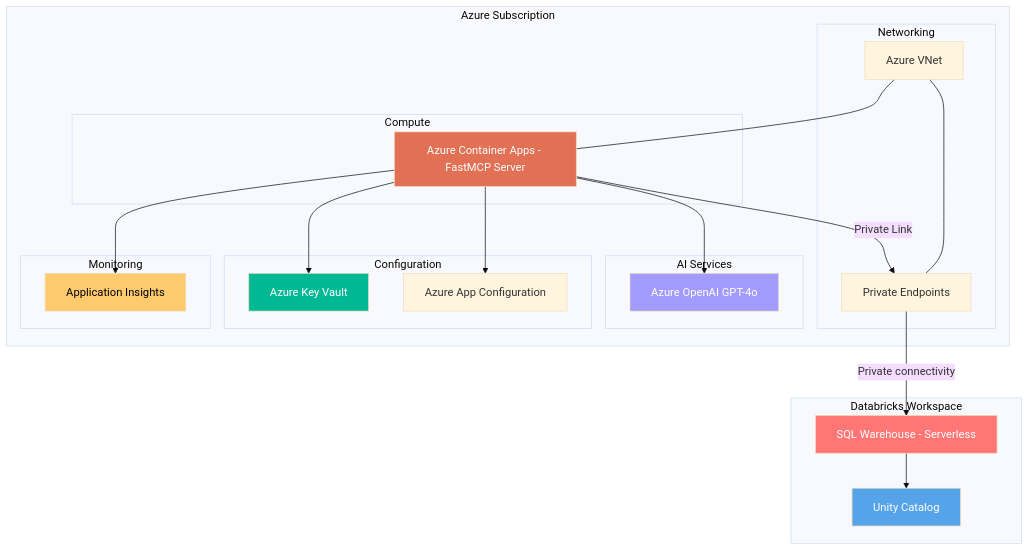
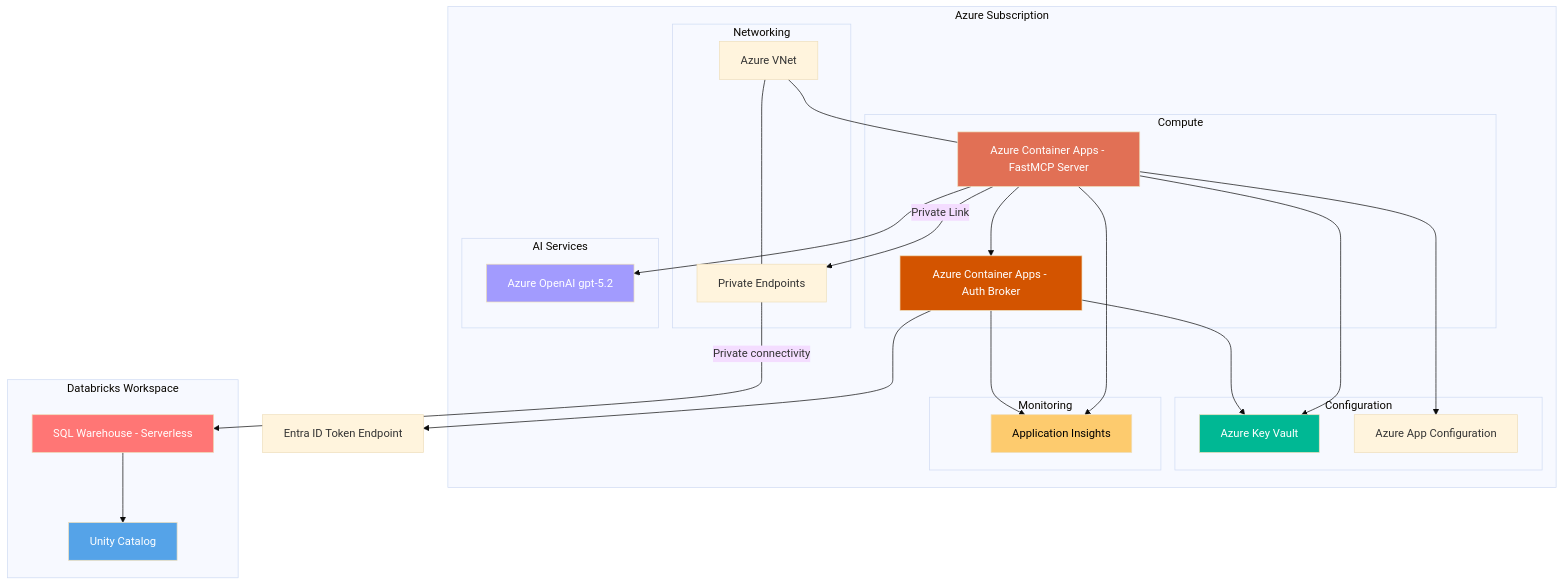
Before and after one commit to james-tn/dbx-mcp-copilot: the fifth of 5 diagrams in docs/architecture-design.md, drawn with Mermaid (base theme). The commit also changed other lines of this file and 38 other files, not shown here.

Commit message:
Update broker/MCP architecture docs and deployment guidance

````diff
--- a/docs/architecture-design.md
+++ b/docs/architecture-design.md
@@ -264,48 +282,54 @@
 ```mermaid
 graph TB
     subgraph Azure_Sub["Azure Subscription"]
         subgraph Networking
             VNET["Azure VNet"]
             PE["Private Endpoints"]
         end
         
         subgraph Compute
             ACA["Azure Container Apps - FastMCP Server"]
+            BrokerSvc["Azure Container Apps - Auth Broker"]
         end
         
         subgraph AI_Services["AI Services"]
-            AOAI["Azure OpenAI GPT-4o"]
+            AOAI["Azure OpenAI gpt-5.2"]
         end
         
         subgraph Configuration
             KV["Azure Key Vault"]
             AppConfig["Azure App Configuration"]
         end
         
         subgraph Monitoring
             AppIns["Application Insights"]
         end
     end
 
     subgraph Databricks_WS["Databricks Workspace"]
         DBSQL["SQL Warehouse - Serverless"]
         UC["Unity Catalog"]
     end
 
     ACA --> AOAI
+    ACA --> BrokerSvc
     ACA --> KV
     ACA --> AppConfig
     ACA --> AppIns
+    BrokerSvc --> KV
+    BrokerSvc --> AppIns
+    BrokerSvc --> EntraOIDC["Entra ID Token Endpoint"]
     ACA -->|Private Link| PE
     PE -->|Private connectivity| DBSQL
     DBSQL --> UC
     VNET --- PE
     VNET --- ACA
 
     style ACA fill:#E17055,color:#fff
+    style BrokerSvc fill:#D35400,color:#fff
     style AOAI fill:#A29BFE,color:#fff
     style DBSQL fill:#FF7675,color:#fff
     style UC fill:#55A3E8,color:#fff
     style KV fill:#00B894,color:#fff
     style AppIns fill:#FDCB6E,color:#000
 ```
````
